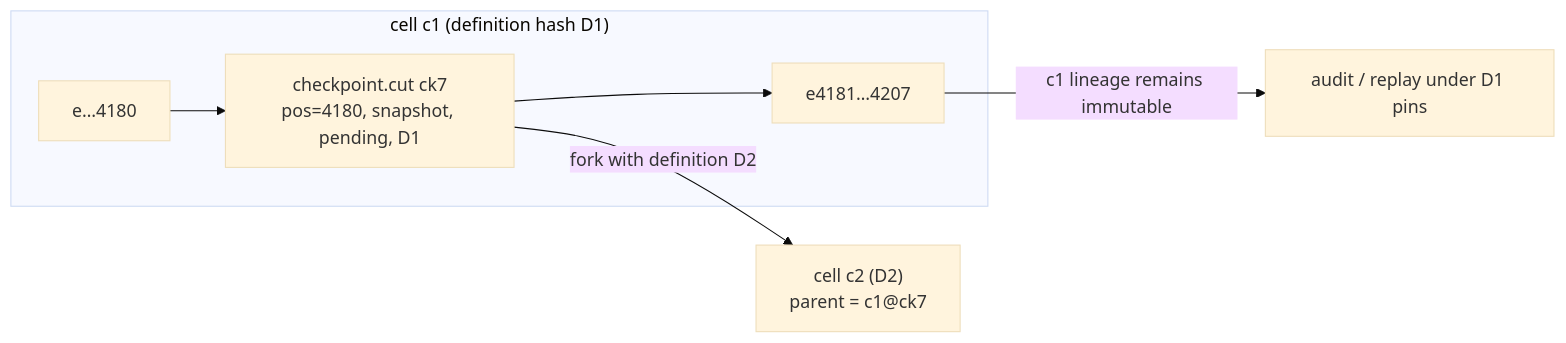
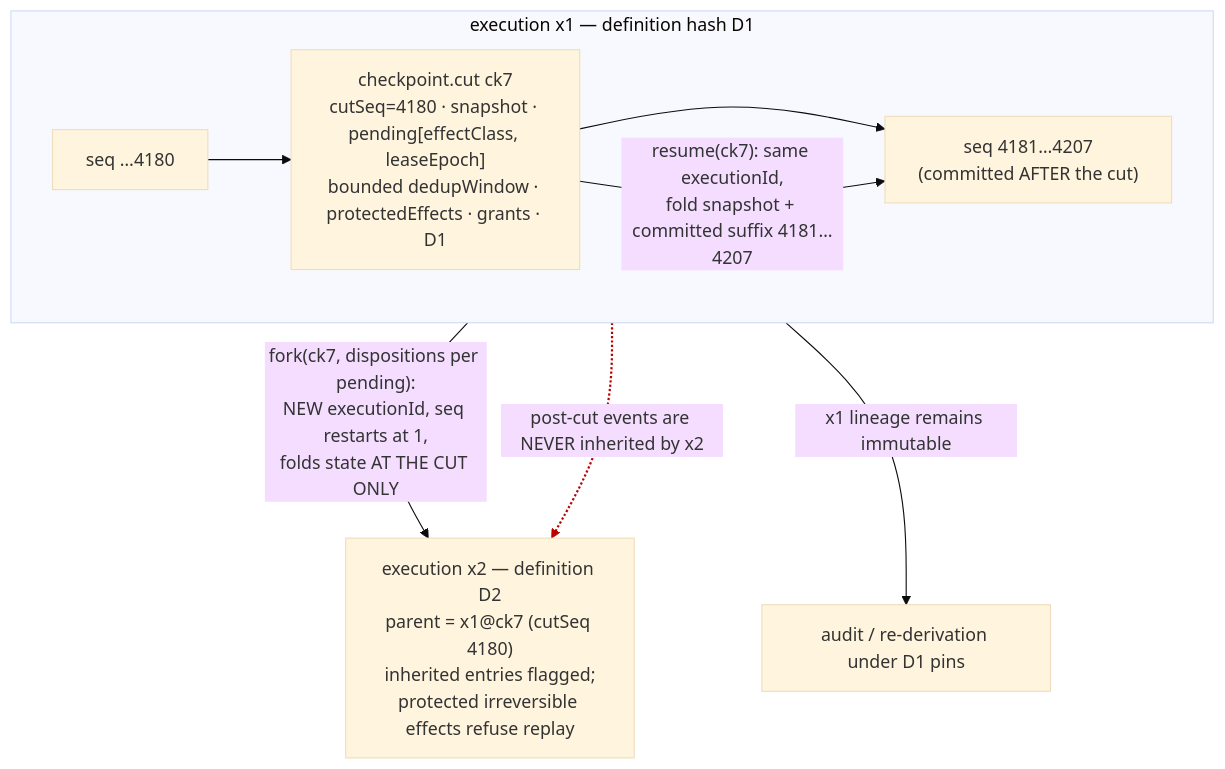
One commit to jeetu619/kyxo-runtime changed the second of 2 diagrams in docs/08-EVENT-AND-STATE-MODEL.md. Above: the diagram before and after it, drawn with Mermaid (base theme). The commit also changed other lines of this file and 4 other files, not shown here.

First line of the commit message:
Fix F-6: irreversible-effect protection was lost across process restart

````diff
--- a/docs/08-EVENT-AND-STATE-MODEL.md
+++ b/docs/08-EVENT-AND-STATE-MODEL.md
@@ -366,8 +391,13 @@
 ```mermaid
-flowchart LR
-  subgraph c1["cell c1 (definition hash D1)"]
-    e1["e…4180"] --> cp["checkpoint.cut ck7<br/>pos=4180, snapshot, pending, D1"] --> e2["e4181…4207"]
+flowchart TB
+  subgraph x1["execution x1 — definition hash D1"]
+    direction LR
+    e1["seq …4180"] --> cp["checkpoint.cut ck7<br/>cutSeq=4180 · snapshot · pending[effectClass, leaseEpoch]<br/>bounded dedupWindow · protectedEffects · grants · D1"]
+    cp --> e2["seq 4181…4207<br/>(committed AFTER the cut)"]
   end
-  cp -->|"fork with definition D2"| c2["cell c2 (D2)<br/>parent = c1@ck7"]
-  e2 -->|"c1 lineage remains immutable"| audit["audit / replay under D1 pins"]
+  cp -->|"resume(ck7): same executionId,<br/>fold snapshot + committed suffix 4181…4207"| e2
+  cp -->|"fork(ck7, dispositions per pending):<br/>NEW executionId, seq restarts at 1,<br/>folds state AT THE CUT ONLY"| x2["execution x2 — definition D2<br/>parent = x1@ck7 (cutSeq 4180)<br/>inherited entries flagged;<br/>protected irreversible effects refuse replay"]
+  e2 -.->|"post-cut events are NEVER inherited by x2"| x2
+  e2 -->|"x1 lineage remains immutable"| audit["audit / re-derivation under D1 pins"]
+  linkStyle 4 stroke:#b00,stroke-width:2px
 ```
````
